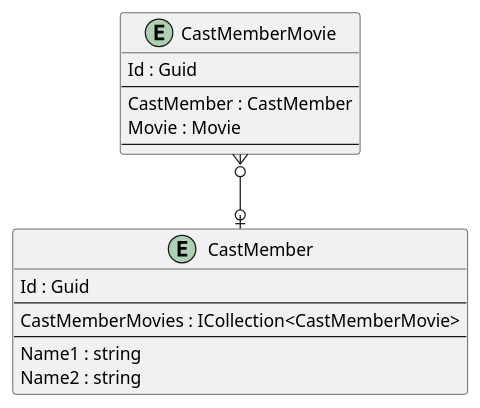
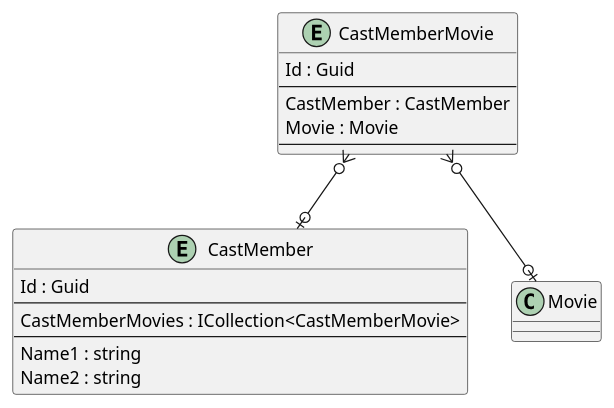
Before and after one commit to intrepion/BlazorWebAppMovies: the diagram in .docs/BlazorWebAppMovies.pu, drawn with PlantUML.

```diff
--- a/.docs/BlazorWebAppMovies.pu
+++ b/.docs/BlazorWebAppMovies.pu
@@ -1,29 +1,30 @@
 @startuml
 
 entity CastMember {
     Id : Guid
     --
     CastMemberMovies : ICollection<CastMemberMovie>
     ' CastMemberKeyCodePlaceholder
     --
     Name1 : string
     Name2 : string
     ' CastMemberPropertyCodePlaceholder
 }
 
 entity CastMemberMovie {
     Id : Guid
     --
     CastMember : CastMember
     Movie : Movie
     ' CastMemberMovieKeyCodePlaceholder
     --
     ' CastMemberMoviePropertyCodePlaceholder
 }
 
 ' EntityCodePlaceholder
 
 CastMemberMovie }o--o| CastMember
+CastMemberMovie }o--o| Movie
 ' RelationshipCodePlaceholder
 
 @enduml
```
